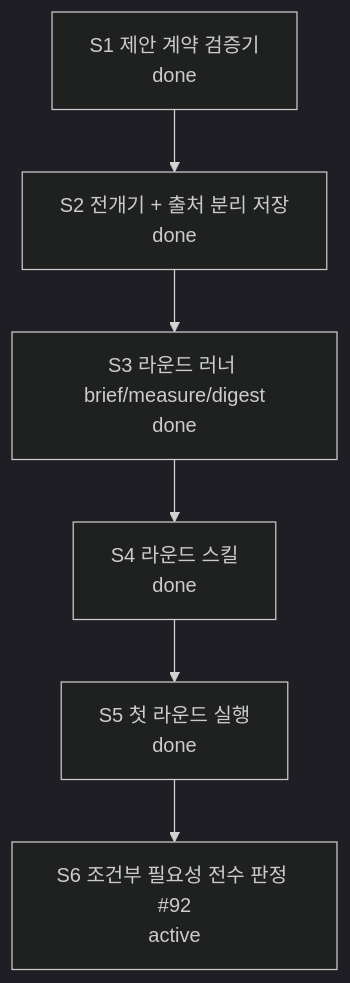
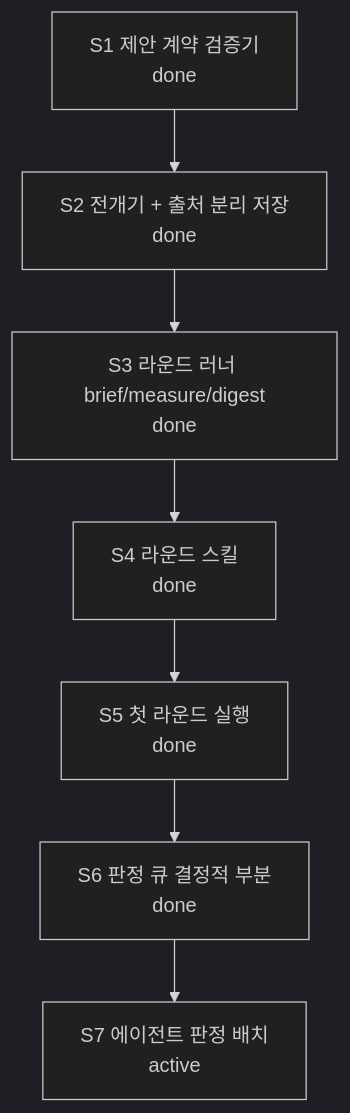
The diagram in docs/CURRENT-PLAN.md (skerfolg/poe2-ai-wiki), drawn with Mermaid (dark theme) before and after one commit. The commit also changed other lines of this file and 2 other files, not shown here.

Commit message:
S6 — 판정 큐 완성: 축 분류 0 실패 + 「못 재는 것」과 「안 켠 것」 분리
어휘를 넓혀 **미분류 37건 → 0건**. 메커니즘 부여·구조 변경 계열이 대부분이었다
(스킬 부여 11 · 버프 스택 7 · 조건부 배율 7 · 이동 4 · 회복 4 …).

⚠ **작업 중 더 중요한 구분이 나왔다 — 측정 경로**:

    config   PoB가 계산할 수 있는데 **토글이 꺼져** 0으로 보인다 (26건)
    trigger  발동률 모델이 따로 있다 (2건)
    없음     측정 경로가 아예 없다 → 에이전트 판정 + 갭 라벨 (61건)

실측: `Predatory Instinct`("50% more damage against Rare and Unique")는 PoB가
계산할 수 있는데 config가 꺼져 0으로 나왔다. 이걸 「측정 밖」으로 묶으면 **켜서
잴 수 있는 것을 영영 안 잰다** — #44의 반대 방향 실수다. 26건이 여기 해당한다.

판정 계약(`validate_verdict`)을 넣었다 — 에이전트가 `verdict`(필요한 이유)·
`counter`(불필요 조건)·`evidence`(출처)를 내고, **출처 없으면 거부**한다.
허용 출처는 kb·pob-source·wiki·measured 넷이고 `ref`는 되짚을 수 있어야 한다.
「그럴 것 같다」가 정본에 굳으면 그게 오염이다(M5 함정 ②와 같은 형태).

강제: 시험 3건(근거 없는 판정 거부 · 출처 어휘 · 축 분류 0 실패 + config 표시).
단위 881건 전량 통과.

````diff
--- a/docs/CURRENT-PLAN.md
+++ b/docs/CURRENT-PLAN.md
@@ -23,10 +23,11 @@
 ```mermaid
 flowchart TD
   CONTRACT[S1 제안 계약 검증기<br/>done]
   FLOW[S2 전개기 + 출처 분리 저장<br/>done]
   ROUND[S3 라운드 러너 brief/measure/digest<br/>done]
   SKILL[S4 라운드 스킬<br/>done]
   FIRST[S5 첫 라운드 실행<br/>done]
-  NECESS[S6 조건부 필요성 전수 판정 #92<br/>active]
-  CONTRACT --> FLOW --> ROUND --> SKILL --> FIRST --> NECESS
+  NECESS[S6 판정 큐 결정적 부분<br/>done]
+  JUDGE[S7 에이전트 판정 배치<br/>active]
+  CONTRACT --> FLOW --> ROUND --> SKILL --> FIRST --> NECESS --> JUDGE
 ```
````
